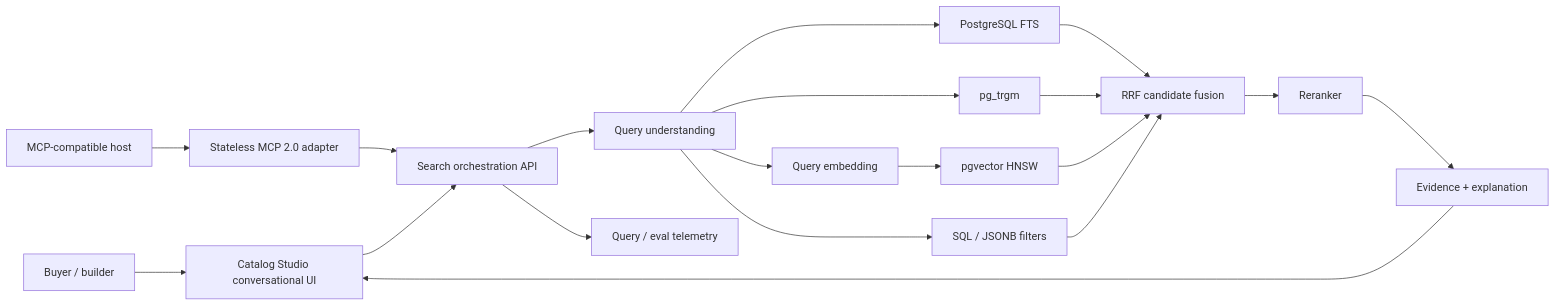
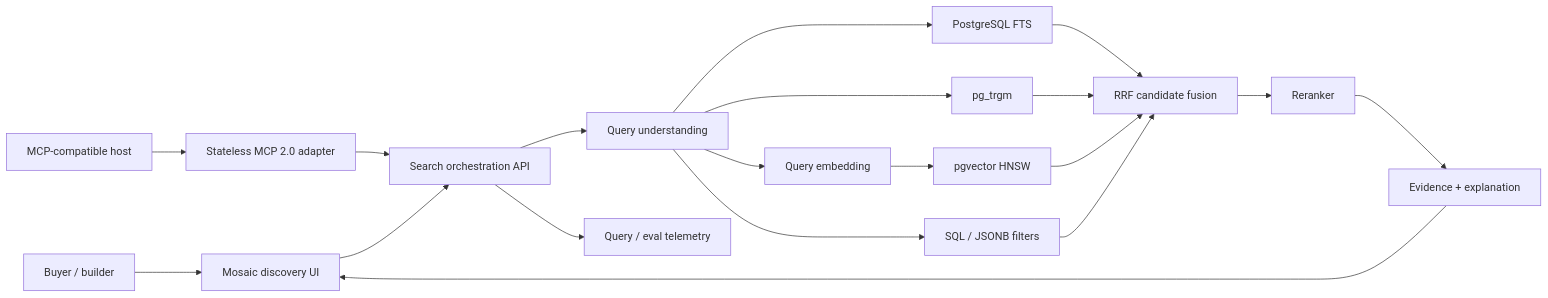
Before and after one commit to aws-samples/sample-agentic-hybrid-retrieval-aurora-postgresql: the first of 2 diagrams in docs/architecture.md, drawn with Mermaid. The commit also changed 183 other files, not shown here.

````diff
--- a/docs/architecture.md
+++ b/docs/architecture.md
@@ -5,21 +5,21 @@
 ```mermaid
 flowchart LR
-    U[Buyer / builder] --> UI[Catalog Studio conversational UI]
+    U[Buyer / builder] --> UI[Mosaic discovery UI]
     H[MCP-compatible host] --> MCP[Stateless MCP 2.0 adapter]
     MCP --> API
     UI --> API[Search orchestration API]
     API --> Q[Query understanding]
     Q --> FTS[PostgreSQL FTS]
     Q --> TRI[pg_trgm]
     Q --> EMB[Query embedding]
     EMB --> HNSW[pgvector HNSW]
     Q --> FIL[SQL / JSONB filters]
     FTS --> FUSE[RRF candidate fusion]
     TRI --> FUSE
     HNSW --> FUSE
     FIL --> FUSE
     FUSE --> RR[Reranker]
     RR --> EV[Evidence + explanation]
     EV --> UI
     API --> LOG[Query / eval telemetry]
 ```
````
